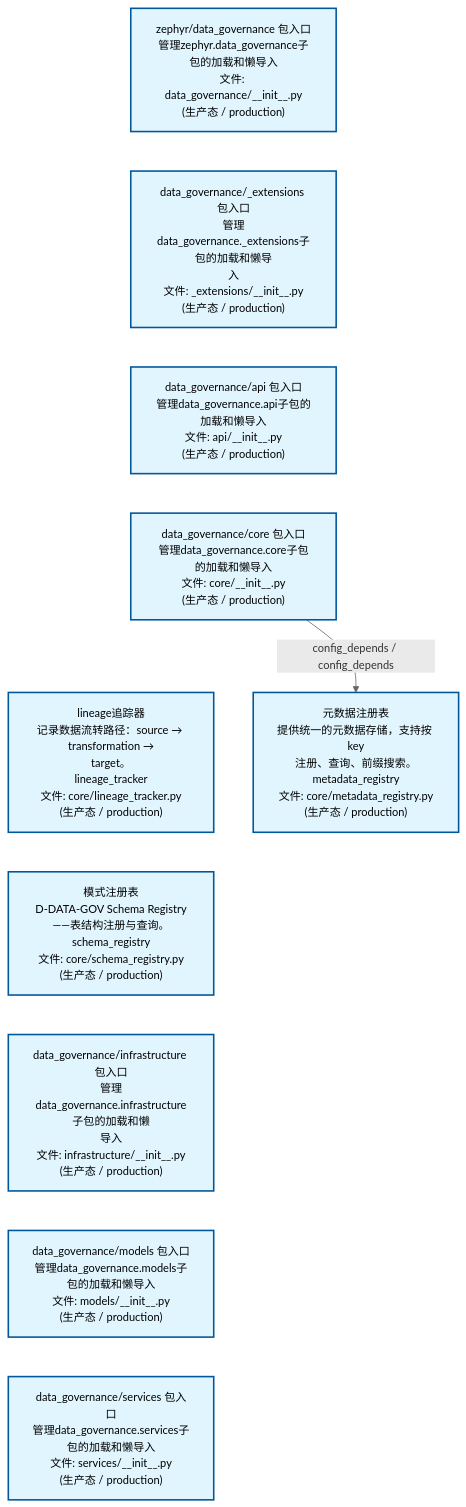
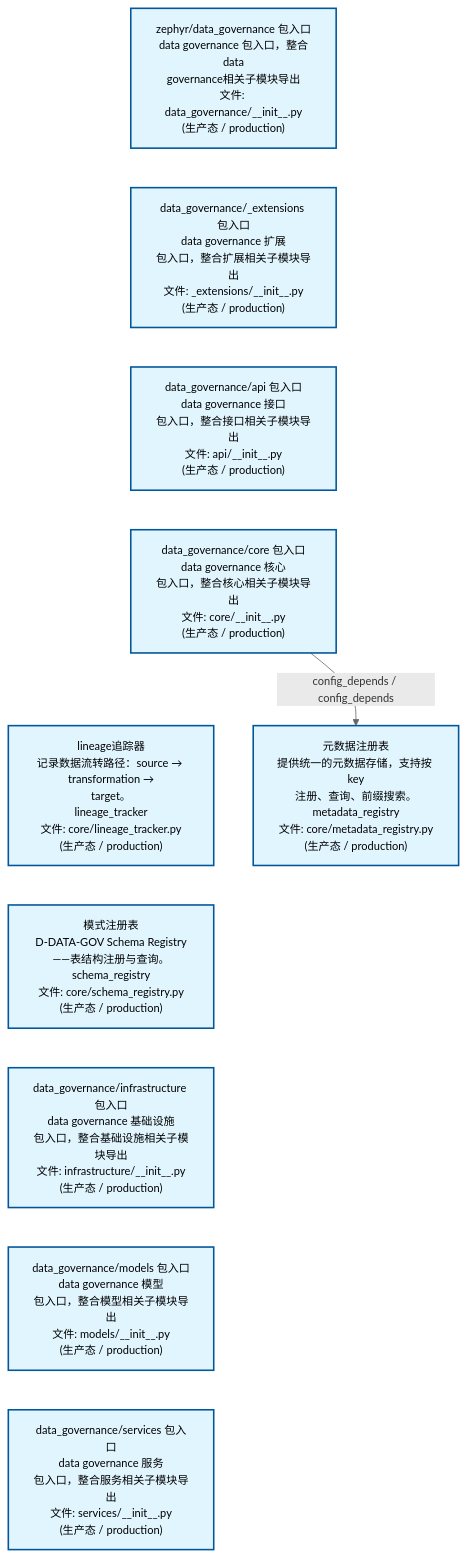
Before and after one commit to xuanFelixVan/ZephyrAlpha: the first of 2 diagrams in docs/02_enterprise_architecture/02_domain_architecture_docs/13_d_data_gov.md, drawn with Mermaid. The commit also changed other lines of this file and 50 other files, not shown here.

````diff
--- a/docs/02_enterprise_architecture/02_domain_architecture_docs/13_d_data_gov.md
+++ b/docs/02_enterprise_architecture/02_domain_architecture_docs/13_d_data_gov.md
@@ -53,28 +53,28 @@
 ```mermaid
 %%{init: {'theme': 'base', 'themeVariables': {'primaryColor': '#eaeaea', 'primaryTextColor': '#333333', 'primaryBorderColor': '#666666', 'lineColor': '#666666', 'secondaryColor': '#eaeaea', 'tertiaryColor': '#eaeaea', 'fontSize': '14px'}}}%%
 flowchart TD
-    src_zephyr_data_governance_init_py["zephyr/data_governance 包入口<br/>管理zephyr.data_governance子包的加载和懒导入<br/>文件: data_governance/__init__.py<br/>(生产态 / production)"]
-    src_zephyr_data_governance_extensions_init_py["data_governance/_extensions 包入口<br/>管理data_governance._extensions子包的加载和懒导<br/>入<br/>文件: _extensions/__init__.py<br/>(生产态 / production)"]
-    src_zephyr_data_governance_api_init_py["data_governance/api 包入口<br/>管理data_governance.api子包的加载和懒导入<br/>文件: api/__init__.py<br/>(生产态 / production)"]
-    src_zephyr_data_governance_core_init_py["data_governance/core 包入口<br/>管理data_governance.core子包的加载和懒导入<br/>文件: core/__init__.py<br/>(生产态 / production)"]
+    src_zephyr_data_governance_init_py["zephyr/data_governance 包入口<br/>data governance 包入口，整合data<br/>governance相关子模块导出<br/>文件: data_governance/__init__.py<br/>(生产态 / production)"]
+    src_zephyr_data_governance_extensions_init_py["data_governance/_extensions 包入口<br/>data governance 扩展<br/>包入口，整合扩展相关子模块导出<br/>文件: _extensions/__init__.py<br/>(生产态 / production)"]
+    src_zephyr_data_governance_api_init_py["data_governance/api 包入口<br/>data governance 接口<br/>包入口，整合接口相关子模块导出<br/>文件: api/__init__.py<br/>(生产态 / production)"]
+    src_zephyr_data_governance_core_init_py["data_governance/core 包入口<br/>data governance 核心<br/>包入口，整合核心相关子模块导出<br/>文件: core/__init__.py<br/>(生产态 / production)"]
     src_zephyr_data_governance_core_lineage_tracker_py["lineage追踪器<br/>记录数据流转路径：source → transformation →<br/>target。<br/>lineage_tracker<br/>文件: core/lineage_tracker.py<br/>(生产态 / production)"]
     src_zephyr_data_governance_core_schema_registry_py["模式注册表<br/>D-DATA-GOV Schema Registry——表结构注册与查询。<br/>schema_registry<br/>文件: core/schema_registry.py<br/>(生产态 / production)"]
-    src_zephyr_data_governance_infrastructure_init_py["data_governance/infrastructure 包入口<br/>管理data_governance.infrastructure子包的加载和懒<br/>导入<br/>文件: infrastructure/__init__.py<br/>(生产态 / production)"]
-    src_zephyr_data_governance_models_init_py["data_governance/models 包入口<br/>管理data_governance.models子包的加载和懒导入<br/>文件: models/__init__.py<br/>(生产态 / production)"]
-    src_zephyr_data_governance_services_init_py["data_governance/services 包入口<br/>管理data_governance.services子包的加载和懒导入<br/>文件: services/__init__.py<br/>(生产态 / production)"]
+    src_zephyr_data_governance_infrastructure_init_py["data_governance/infrastructure 包入口<br/>data governance 基础设施<br/>包入口，整合基础设施相关子模块导出<br/>文件: infrastructure/__init__.py<br/>(生产态 / production)"]
+    src_zephyr_data_governance_models_init_py["data_governance/models 包入口<br/>data governance 模型<br/>包入口，整合模型相关子模块导出<br/>文件: models/__init__.py<br/>(生产态 / production)"]
+    src_zephyr_data_governance_services_init_py["data_governance/services 包入口<br/>data governance 服务<br/>包入口，整合服务相关子模块导出<br/>文件: services/__init__.py<br/>(生产态 / production)"]
     src_zephyr_data_governance_init_py ~~~ src_zephyr_data_governance_extensions_init_py
     src_zephyr_data_governance_extensions_init_py ~~~ src_zephyr_data_governance_api_init_py
     src_zephyr_data_governance_api_init_py ~~~ src_zephyr_data_governance_core_init_py
     src_zephyr_data_governance_core_init_py ~~~ src_zephyr_data_governance_core_lineage_tracker_py
     src_zephyr_data_governance_core_lineage_tracker_py ~~~ src_zephyr_data_governance_core_schema_registry_py
     src_zephyr_data_governance_core_schema_registry_py ~~~ src_zephyr_data_governance_infrastructure_init_py
     src_zephyr_data_governance_infrastructure_init_py ~~~ src_zephyr_data_governance_models_init_py
     src_zephyr_data_governance_models_init_py ~~~ src_zephyr_data_governance_services_init_py
     src_zephyr_data_governance_core_metadata_registry_py["元数据注册表<br/>提供统一的元数据存储，支持按 key<br/>注册、查询、前缀搜索。<br/>metadata_registry<br/>文件: core/metadata_registry.py<br/>(生产态 / production)"]
     src_zephyr_data_governance_core_init_py -->|config_depends / config_depends| src_zephyr_data_governance_core_metadata_registry_py
     classDef production fill:#e1f5fe,stroke:#01579b,stroke-width:2px,color:#000
     classDef design fill:#fff3e0,stroke:#e65100,stroke-width:2px,color:#000,stroke-dasharray: 5 5
     classDef external_prod fill:#e8f4fd,stroke:#0277bd,stroke-width:1px,color:#000
     classDef external_design fill:#fff8e7,stroke:#ef6c00,stroke-width:1px,color:#000,stroke-dasharray: 5 5
     class src_zephyr_data_governance_init_py,src_zephyr_data_governance_extensions_init_py,src_zephyr_data_governance_api_init_py,src_zephyr_data_governance_core_init_py,src_zephyr_data_governance_core_lineage_tracker_py,src_zephyr_data_governance_core_metadata_registry_py,src_zephyr_data_governance_core_schema_registry_py,src_zephyr_data_governance_infrastructure_init_py,src_zephyr_data_governance_models_init_py,src_zephyr_data_governance_services_init_py production
 ```
````
